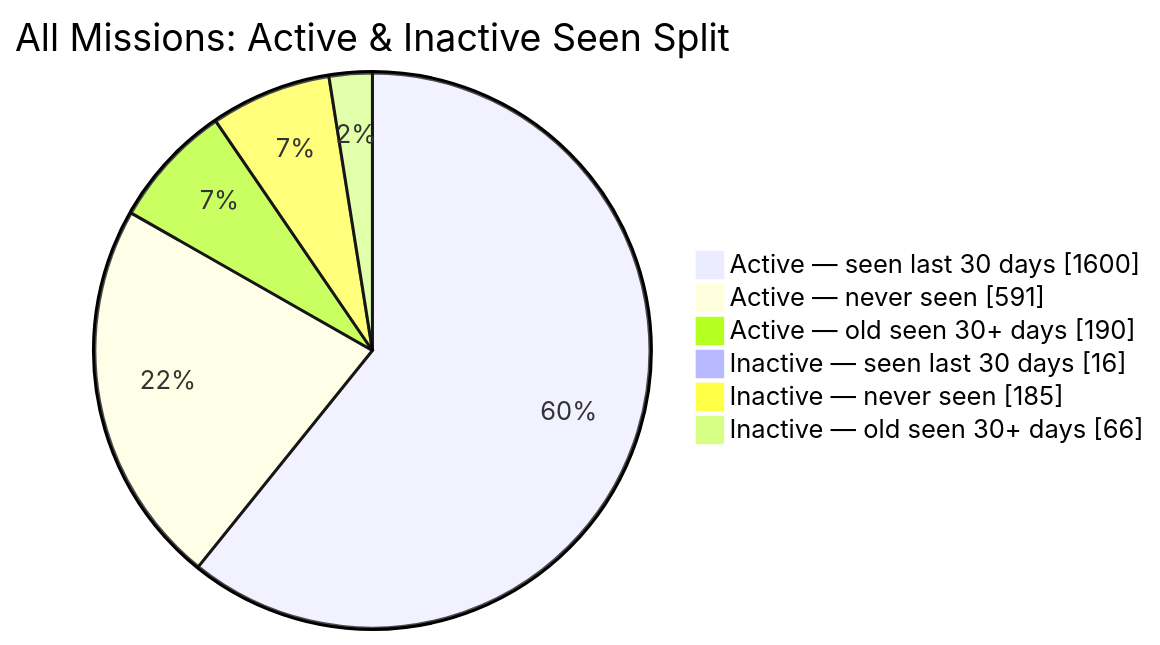
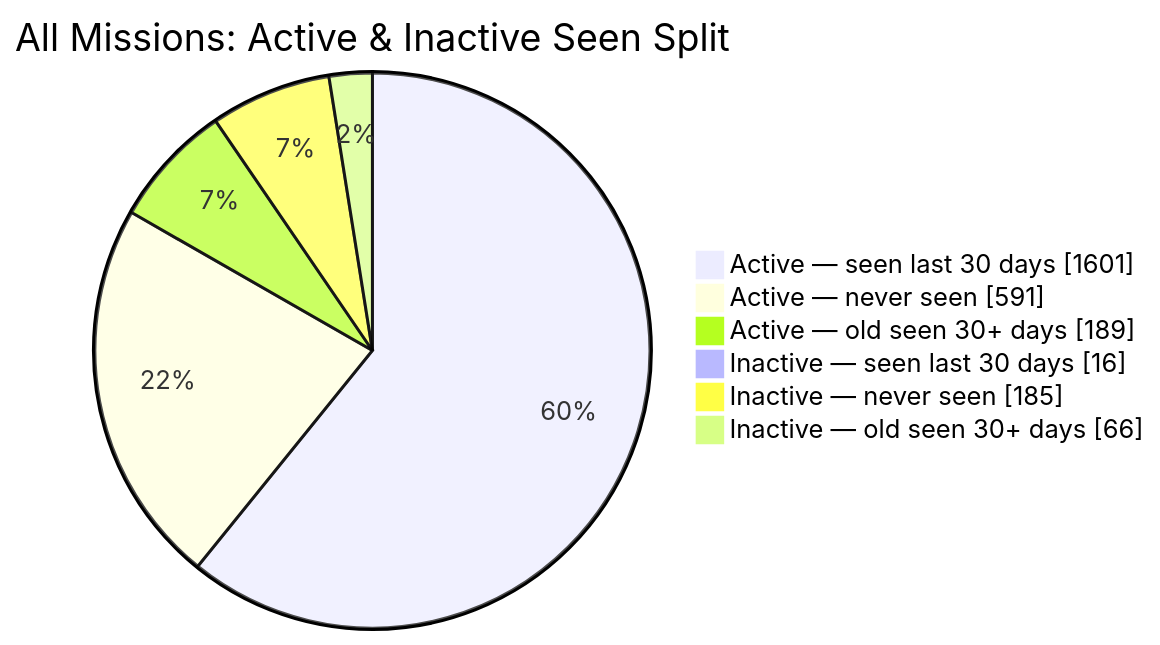
The second of 2 diagrams in README.md (MeldkamerspelGameTeam/active-missions), drawn with Mermaid before and after one commit. The commit also changed other lines of this file and 2 other files, not shown here.

````diff
--- a/README.md
+++ b/README.md
@@ -44,10 +44,10 @@
 ```mermaid
 pie showData
     title All Missions: Active & Inactive Seen Split
-    "Active — seen last 30 days" : 1600
+    "Active — seen last 30 days" : 1601
     "Active — never seen" : 591
-    "Active — old seen 30+ days" : 190
+    "Active — old seen 30+ days" : 189
     "Inactive — seen last 30 days" : 16
     "Inactive — never seen" : 185
     "Inactive — old seen 30+ days" : 66
 ```
````
